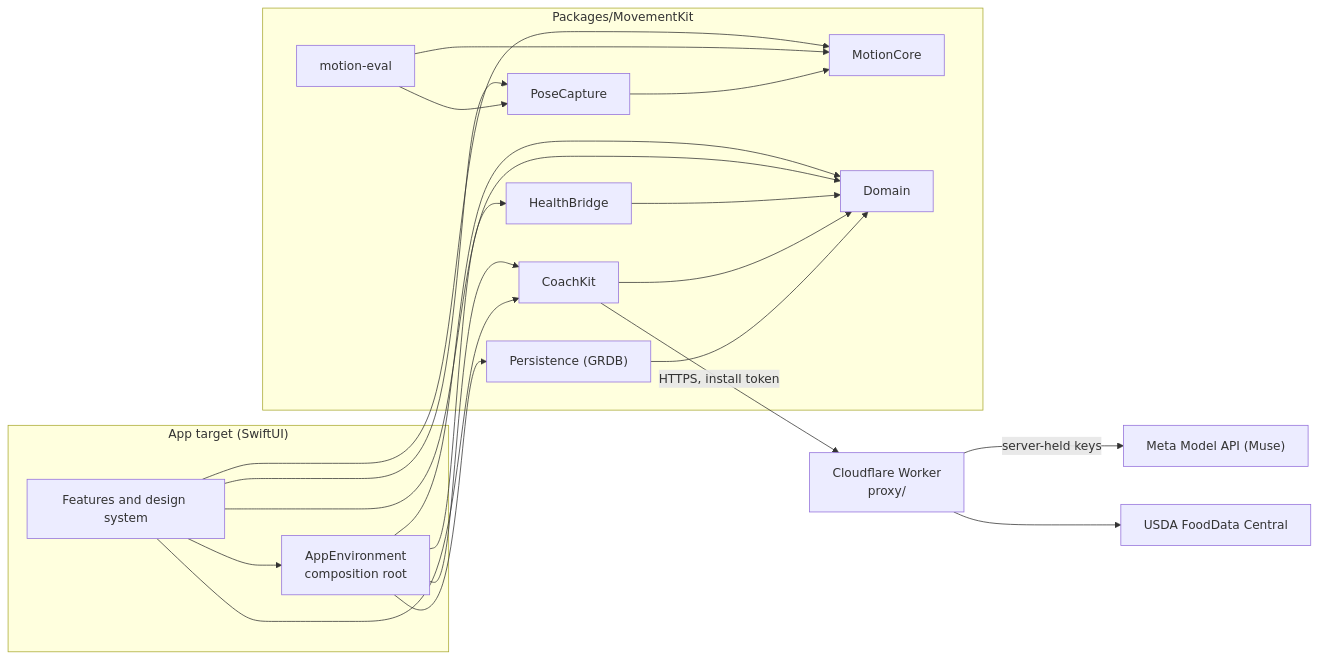
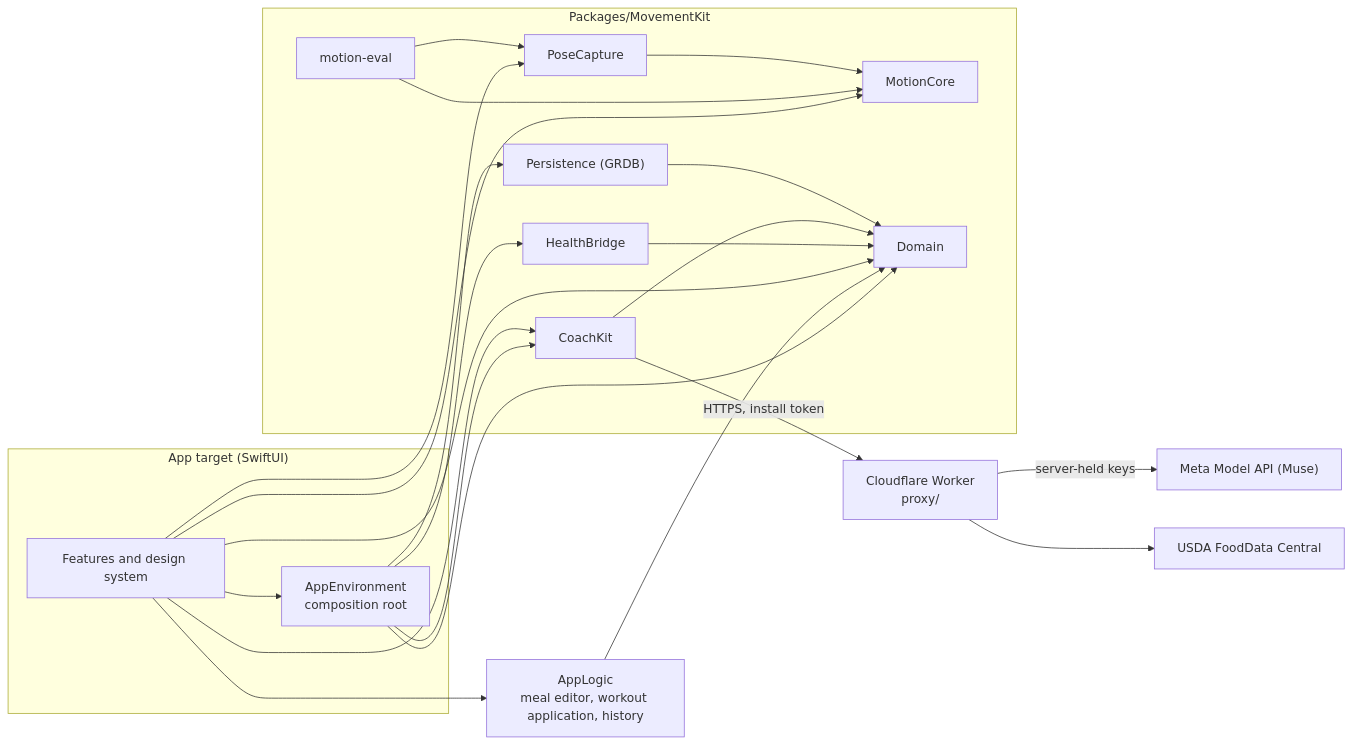
The diagram in README.md (kiraguriz/movement-tracker-plus), drawn with Mermaid before and after one commit. The commit also changed other lines of this file and 4 other files, not shown here.

````diff
--- a/README.md
+++ b/README.md
@@ -55,21 +60,23 @@
 ```mermaid
 flowchart LR
   subgraph app["App target (SwiftUI)"]
     ui["Features and design system"] --> env["AppEnvironment<br/>composition root"]
   end
   subgraph pkg["Packages/MovementKit"]
     mc["MotionCore"]
     dom["Domain"]
     pc["PoseCapture"] --> mc
     per["Persistence (GRDB)"] --> dom
     ck["CoachKit"] --> dom
     hb["HealthBridge"] --> dom
     ev["motion-eval"] --> mc
     ev --> pc
   end
   ui --> mc & pc & ck & dom
+  ui --> al["AppLogic<br/>meal editor, workout application, history"]
+  al --> dom
   env --> per & ck & hb & dom
   ck -- "HTTPS, install token" --> w["Cloudflare Worker<br/>proxy/"]
   w -- "server-held keys" --> muse["Meta Model API (Muse)"]
   w --> usda["USDA FoodData Central"]
 ```
````
